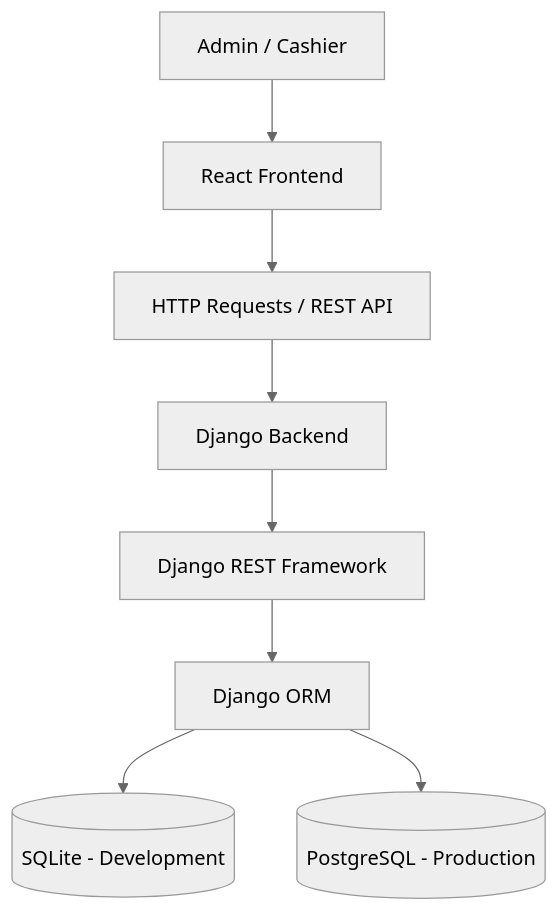
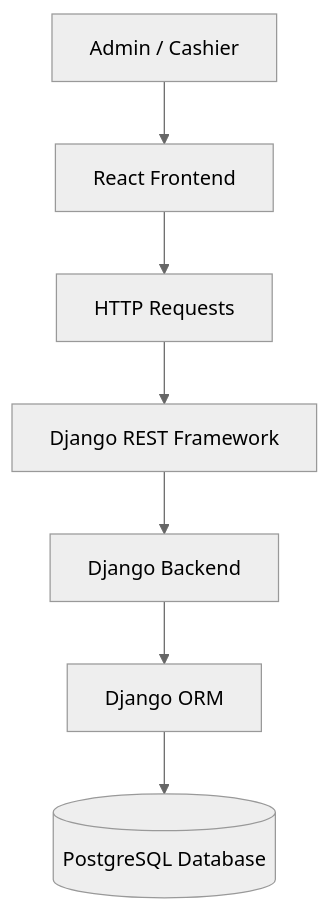
The first of 3 diagrams in README.md (radiamahbub/inventory_pos_system), drawn with Mermaid (neutral theme) before and after one commit. The commit also changed other lines of this file, not shown here.

````diff
--- a/README.md
+++ b/README.md
@@ -369,10 +348,9 @@
 ```mermaid
 flowchart TD
     A[Admin / Cashier] --> B[React Frontend]
-    B --> C[HTTP Requests / REST API]
-    C --> D[Django Backend]
-    D --> E[Django REST Framework]
+    B --> C[HTTP Requests]
+    C --> D[Django REST Framework]
+    D --> E[Django Backend]
     E --> F[Django ORM]
-    F --> G[(SQLite - Development)]
-    F --> H[(PostgreSQL - Production)]
+    F --> G[(PostgreSQL Database)]
 ```
````
